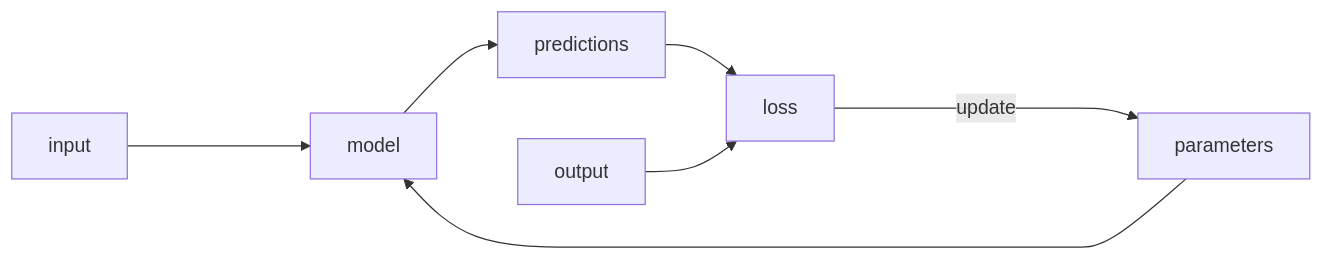
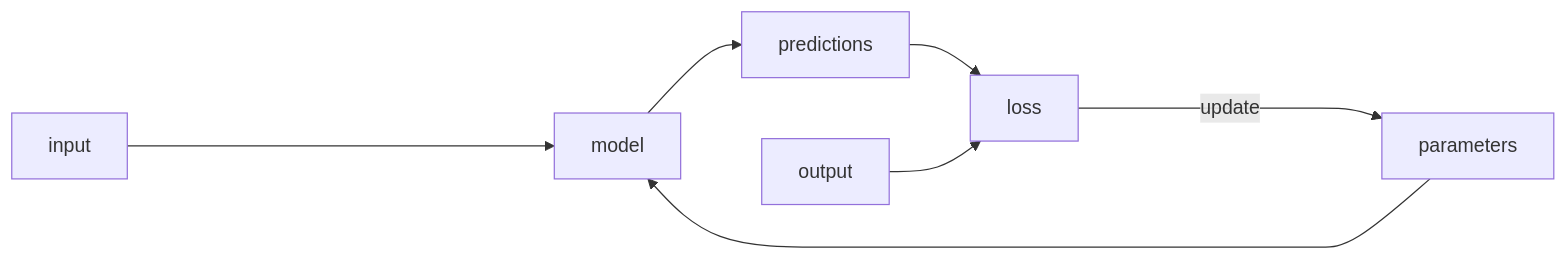
One commit to nicoladerric/nicoladerric.github.io changed the third of 3 diagrams in _posts/2023-08-16-rivoluzione.md. Above: the diagram before and after it, drawn with Mermaid.

````diff
--- a/_posts/2023-08-16-rivoluzione.md
+++ b/_posts/2023-08-16-rivoluzione.md
@@ -31,9 +31,9 @@
 ```mermaid
 flowchart LR;
-    input ----> model;
+    input --------> model;
     parameters --> model;
     model --> predictions;
     predictions --> loss;
     output --> loss;
     loss -----> |update|parameters;
 ```
````
